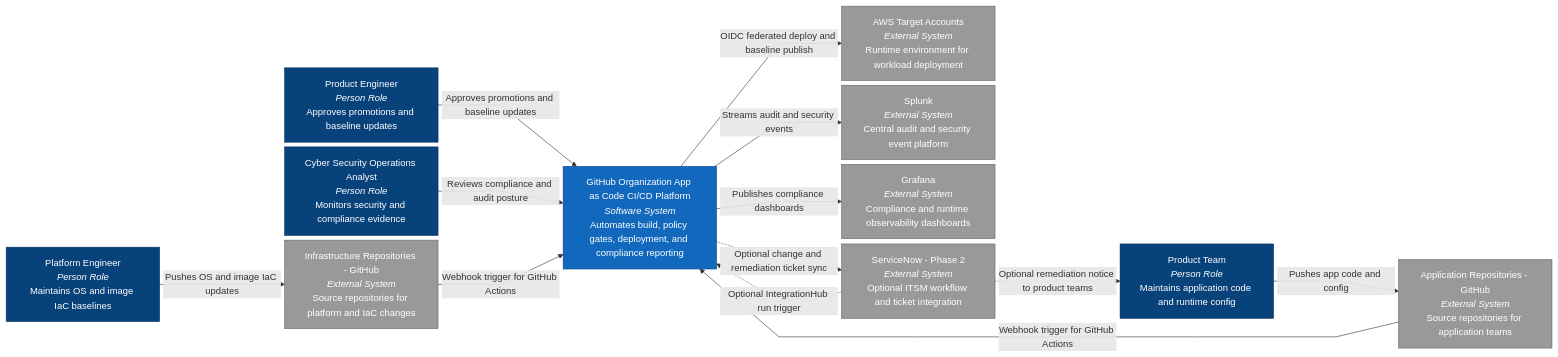
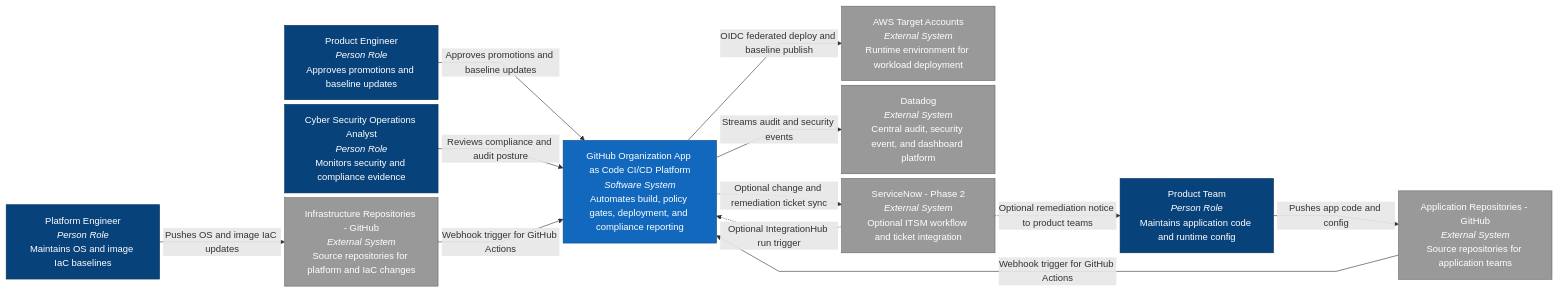
Before and after one commit to wingt903/CICD: the diagram in architecture/c4-context-drawio.mmd, drawn with Mermaid. The commit also changed 15 other files, not shown here.

Commit message:
Update architecture docs for S3-only audit storage and Datadog reporting

```diff
--- a/architecture/c4-context-drawio.mmd
+++ b/architecture/c4-context-drawio.mmd
@@ -1,46 +1,46 @@
 %%{init: {'themeVariables': {'fontSize': 10}, 'flowchart': {'nodeSpacing': 8, 'rankSpacing': 12, 'diagramPadding': 2, 'curve': 'linear'}}}%%
 graph LR
     %% C4 Context Level 1 - draw.io compatible
     %% People
     productEngineer[Product Engineer<br/><i>Person Role</i><br/>Approves promotions and baseline updates]
     productTeam[Product Team<br/><i>Person Role</i><br/>Maintains application code and runtime config]
     platformEngineer[Platform Engineer<br/><i>Person Role</i><br/>Maintains OS and image IaC baselines]
     securityAnalyst[Cyber Security Operations Analyst<br/><i>Person Role</i><br/>Monitors security and compliance evidence]
 
     %% System under design
     cicd[GitHub Organization App as Code CI/CD Platform<br/><i>Software System</i><br/>Automates build, policy gates, deployment, and compliance reporting]
 
     %% External systems
     appRepos[Application Repositories - GitHub<br/><i>External System</i><br/>Source repositories for application teams]
     infraRepos[Infrastructure Repositories - GitHub<br/><i>External System</i><br/>Source repositories for platform and IaC changes]
     aws[AWS Target Accounts<br/><i>External System</i><br/>Runtime environment for workload deployment]
-    splunk[Splunk<br/><i>External System</i><br/>Central audit and security event platform]
-    grafana[Grafana<br/><i>External System</i><br/>Compliance and runtime observability dashboards]
+    datadog[Datadog<br/><i>External System</i><br/>Central audit, security event, and dashboard platform]
+    
     sn[ServiceNow - Phase 2<br/><i>External System</i><br/>Optional ITSM workflow and ticket integration]
 
     %% Relationships
     productEngineer -->|Approves promotions and baseline updates| cicd
     productTeam -->|Pushes app code and config| appRepos
     platformEngineer -->|Pushes OS and image IaC updates| infraRepos
     securityAnalyst -->|Reviews compliance and audit posture| cicd
     appRepos -->|Webhook trigger for GitHub Actions| cicd
     infraRepos -->|Webhook trigger for GitHub Actions| cicd
     cicd -->|OIDC federated deploy and baseline publish| aws
-    cicd -->|Streams audit and security events| splunk
-    cicd -->|Publishes compliance dashboards| grafana
+    cicd -->|Streams audit and security events| datadog
+    
     cicd -.->|Optional change and remediation ticket sync| sn
     sn -.->|Optional IntegrationHub run trigger| cicd
     sn -.->|Optional remediation notice to product teams| productTeam
 
     %% Styling
     style cicd fill:#1168BD,color:#ffffff,stroke:#0b4884
     style productEngineer fill:#08427B,color:#ffffff,stroke:#052E56
     style productTeam fill:#08427B,color:#ffffff,stroke:#052E56
     style platformEngineer fill:#08427B,color:#ffffff,stroke:#052E56
     style securityAnalyst fill:#08427B,color:#ffffff,stroke:#052E56
     style appRepos fill:#999999,color:#ffffff,stroke:#666666
     style infraRepos fill:#999999,color:#ffffff,stroke:#666666
     style aws fill:#999999,color:#ffffff,stroke:#666666
-    style splunk fill:#999999,color:#ffffff,stroke:#666666
-    style grafana fill:#999999,color:#ffffff,stroke:#666666
+    style datadog fill:#999999,color:#ffffff,stroke:#666666
+    
     style sn fill:#999999,color:#ffffff,stroke:#666666
```
